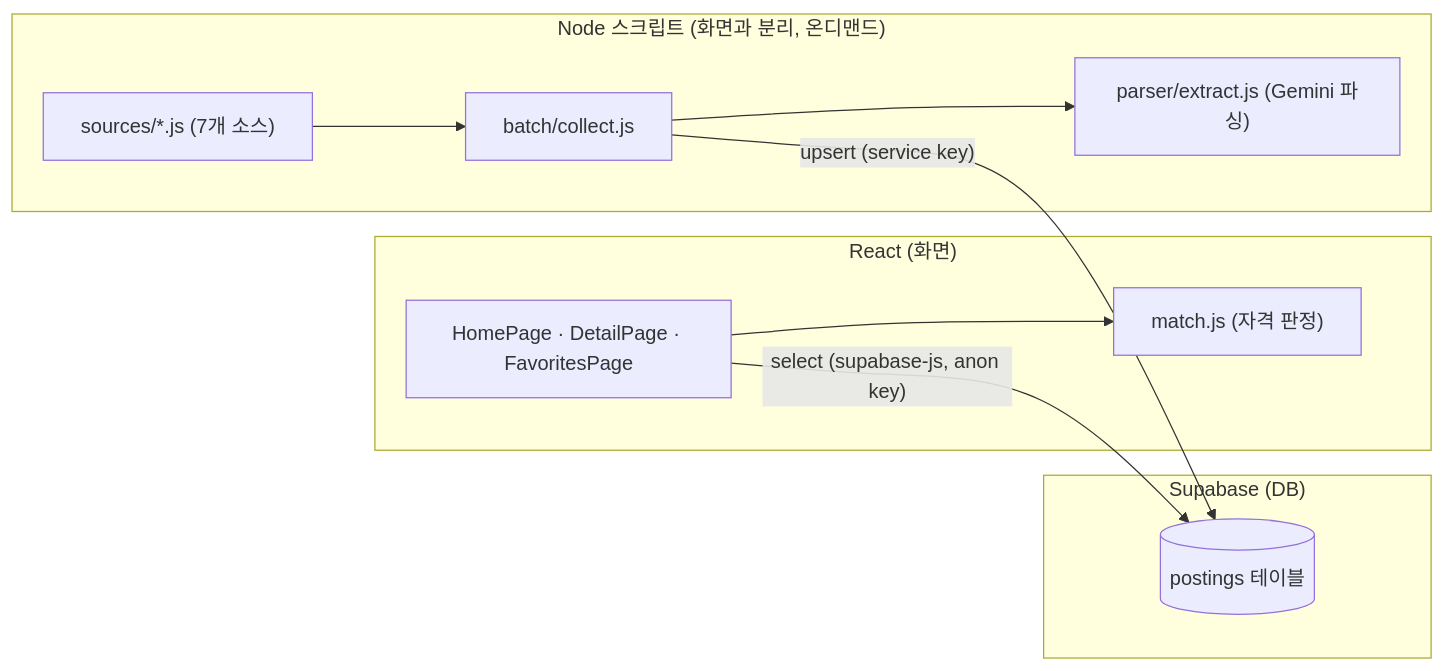
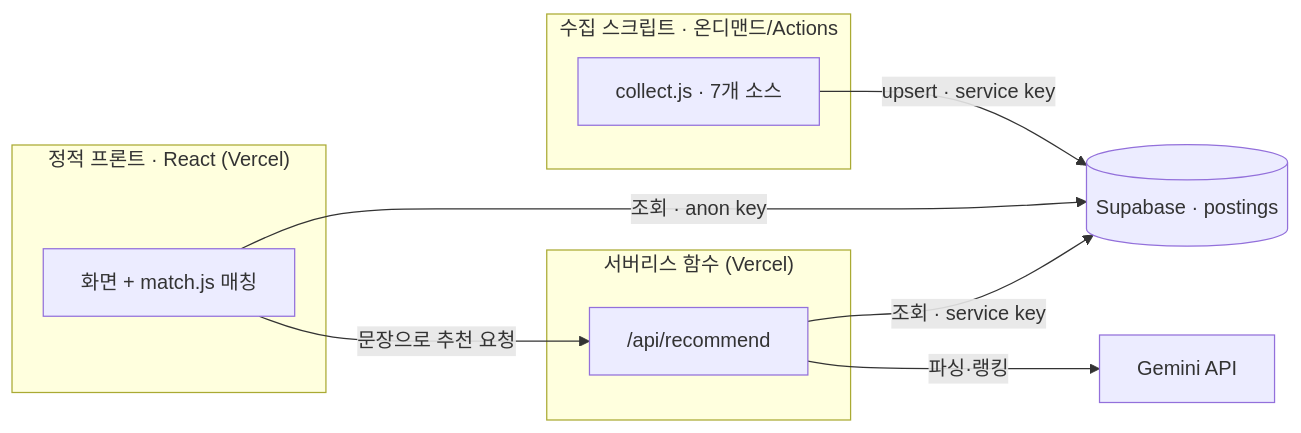
One commit to jaeho9338-code/activity-curation changed the diagram in README.md. Above: the diagram before and after it, drawn with Mermaid. The commit also changed other lines of this file, not shown here.

````diff
--- a/README.md
+++ b/README.md
@@ -72,23 +34,19 @@
 ```mermaid
 flowchart LR
-  subgraph React["React (화면)"]
-    Pages["HomePage · DetailPage · FavoritesPage"]
-    Match["match.js (자격 판정)"]
-    Pages --> Match
+  subgraph FE["정적 프론트 · React (Vercel)"]
+    Pages["화면 + match.js 매칭"]
   end
-
-  subgraph Collector["Node 스크립트 (화면과 분리, 온디맨드)"]
-    Sources["sources/*.js (7개 소스)"]
-    Collect["batch/collect.js"]
-    Parser["parser/extract.js (Gemini 파싱)"]
-    Sources --> Collect
-    Collect --> Parser
+  subgraph Fn["서버리스 함수 (Vercel)"]
+    Rec["/api/recommend"]
   end
-
-  subgraph DB["Supabase (DB)"]
-    Postings[("postings 테이블")]
+  subgraph Col["수집 스크립트 · 온디맨드/Actions"]
+    Collect["collect.js · 7개 소스"]
   end
-
-  Pages -- "select (supabase-js, anon key)" --> Postings
-  Collect -- "upsert (service key)" --> Postings
+  DB[("Supabase · postings")]
+  Gemini["Gemini API"]
+  Pages -- "조회 · anon key" --> DB
+  Pages -- "문장으로 추천 요청" --> Rec
+  Rec -- "조회 · service key" --> DB
+  Rec -- "파싱·랭킹" --> Gemini
+  Collect -- "upsert · service key" --> DB
 ```
````
